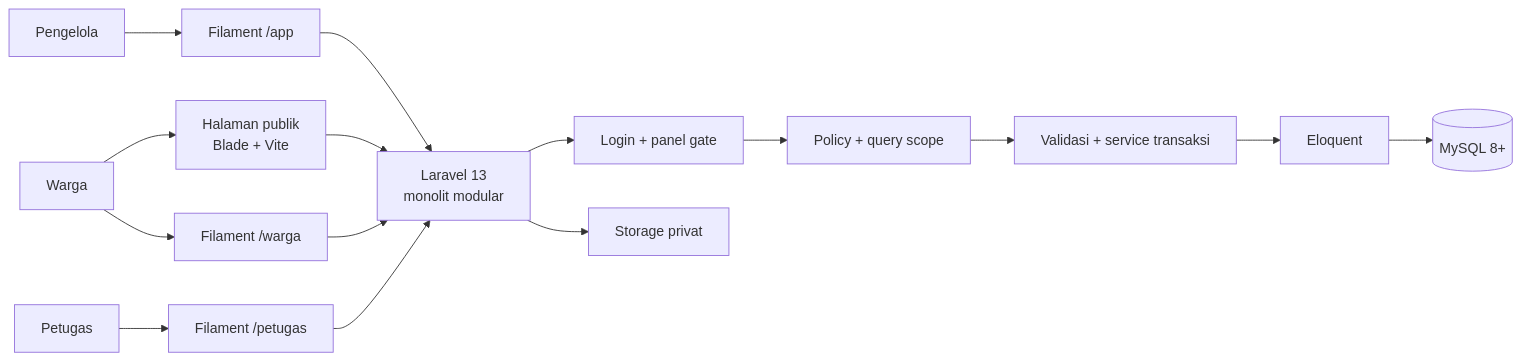
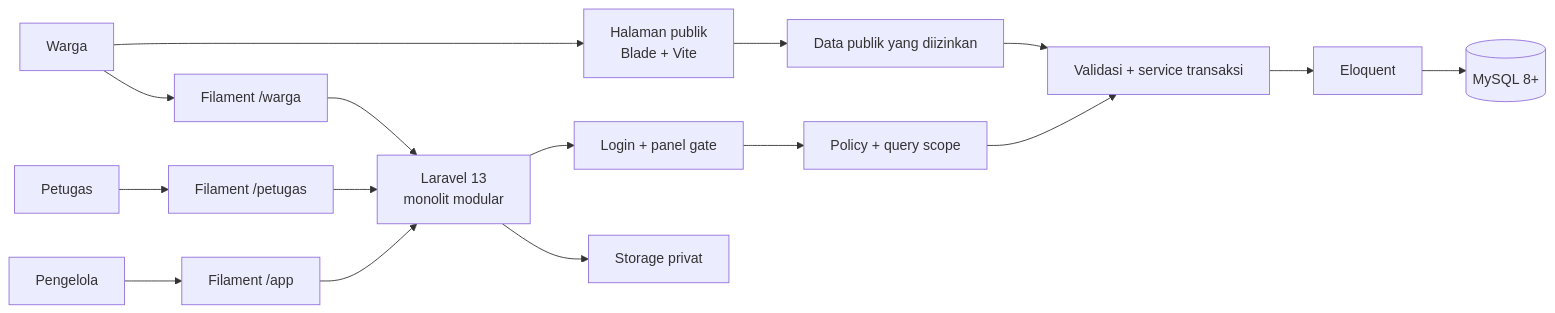
One commit to PPL-KelompokB-SI-48-ext/Hijauku-Adopsi-Pohon changed the diagram in docs/architecture.md. Above: the diagram before and after it, drawn with Mermaid. The commit also changed other lines of this file and 55 other files, not shown here.

````diff
--- a/docs/architecture.md
+++ b/docs/architecture.md
@@ -19,17 +19,18 @@
 ```mermaid
 flowchart LR
     Citizen[Warga] --> Public[Halaman publik<br/>Blade + Vite]
     Manager[Pengelola] --> ManagerPanel[Filament /app]
     FieldStaff[Petugas] --> FieldPanel[Filament /petugas]
     Citizen --> CitizenPanel[Filament /warga]
-    Public --> Laravel[Laravel 13<br/>monolit modular]
+    Public --> PublicAccess[Data publik yang diizinkan]
     ManagerPanel --> Laravel
     FieldPanel --> Laravel
-    CitizenPanel --> Laravel
+    CitizenPanel --> Laravel[Laravel 13<br/>monolit modular]
     Laravel --> Gate[Login + panel gate]
     Gate --> Policy[Policy + query scope]
     Policy --> Service[Validasi + service transaksi]
+    PublicAccess --> Service
     Service --> Models[Eloquent]
     Models --> MySQL[(MySQL 8+)]
     Laravel --> PrivateFiles[Storage privat]
 ```
````
